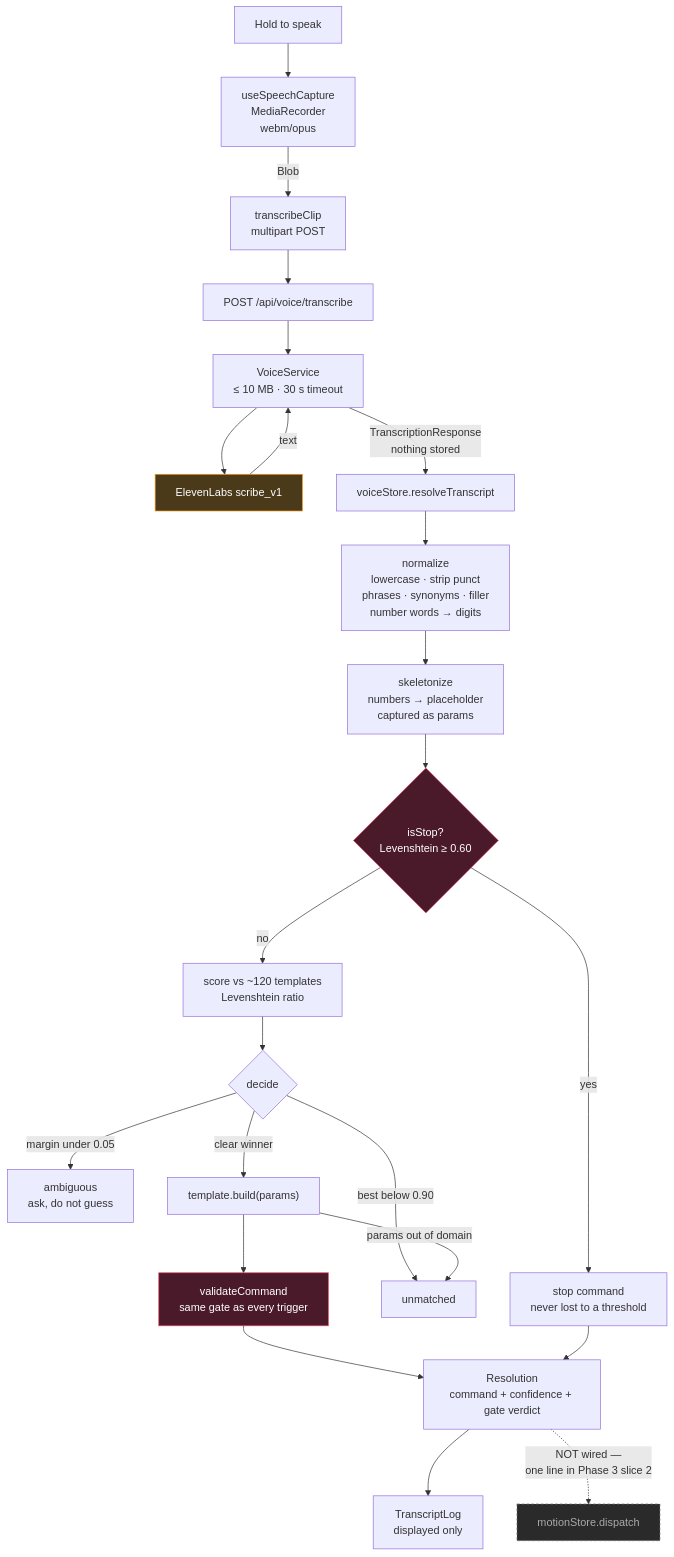
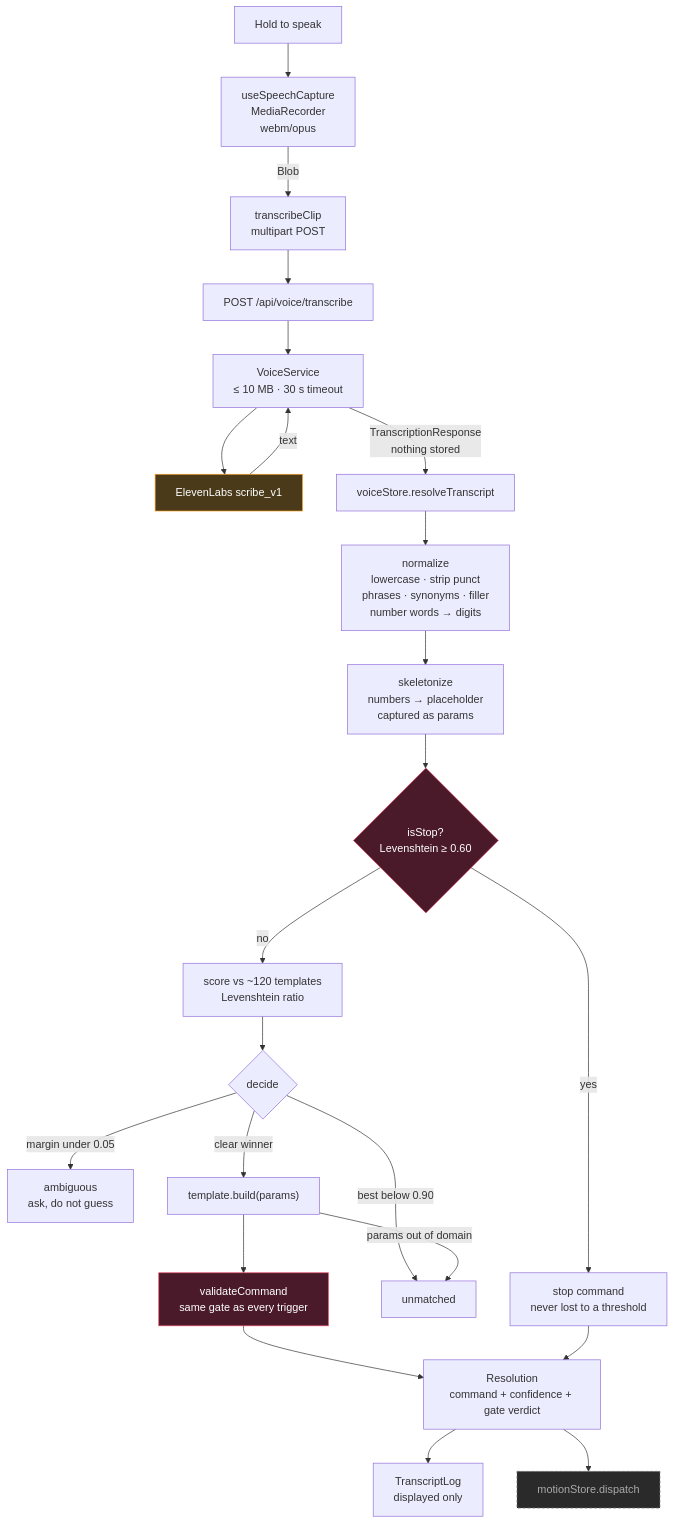
The sixth of 9 diagrams in docs/architecture/system-architecture.md (ShafayetSadi/iut-techathon-onsite), drawn with Mermaid before and after one commit. The commit also changed other lines of this file and 6 other files, not shown here.

````diff
--- a/docs/architecture/system-architecture.md
+++ b/docs/architecture/system-architecture.md
@@ -376,35 +374,35 @@
 ```mermaid
 flowchart TB
     PTT["Hold to speak"] --> MR["useSpeechCapture<br/>MediaRecorder<br/>webm/opus"]
     MR -->|"Blob"| VA["transcribeClip<br/>multipart POST"]
     VA --> BE["POST /api/voice/transcribe"]
     BE --> VSVC["VoiceService<br/>≤ 10 MB · 30 s timeout"]
     VSVC --> EL["ElevenLabs scribe_v1"]
     EL -->|"text"| VSVC
     VSVC -->|"TranscriptionResponse<br/>nothing stored"| VS2["voiceStore.resolveTranscript"]
 
     VS2 --> M1["normalize<br/>lowercase · strip punct<br/>phrases · synonyms · filler<br/>number words → digits"]
     M1 --> M2["skeletonize<br/>numbers → placeholder<br/>captured as params"]
     M2 --> STOPCHK{"isStop?<br/>Levenshtein ≥ 0.60"}
     STOPCHK -->|"yes"| STOPCMD["stop command<br/>never lost to a threshold"]
     STOPCHK -->|"no"| SCORE["score vs ~120 templates<br/>Levenshtein ratio"]
 
     SCORE --> DEC{"decide"}
     DEC -->|"best below 0.90"| UNM["unmatched"]
     DEC -->|"margin under 0.05"| AMB["ambiguous<br/>ask, do not guess"]
     DEC -->|"clear winner"| BUILD["template.build(params)"]
     BUILD -->|"params out of domain"| UNM
     BUILD --> GATE2["validateCommand<br/>same gate as every trigger"]
 
     GATE2 --> RES["Resolution<br/>command + confidence + gate verdict"]
     STOPCMD --> RES
     RES --> TL["TranscriptLog<br/>displayed only"]
-    RES -.->|"NOT wired —<br/>one line in Phase 3 slice 2"| DISP["motionStore.dispatch"]
+    RES --> DISP["motionStore.dispatch"]
 
     classDef gate fill:#4a1a2a,stroke:#e94b6a,color:#fff
     classDef ext fill:#4a3a1a,stroke:#f2991a,color:#fff
     classDef dormant fill:#2a2a2a,stroke:#777,color:#aaa,stroke-dasharray:4 3
     class GATE2,STOPCHK gate
     class EL ext
     class DISP dormant
 ```
````
